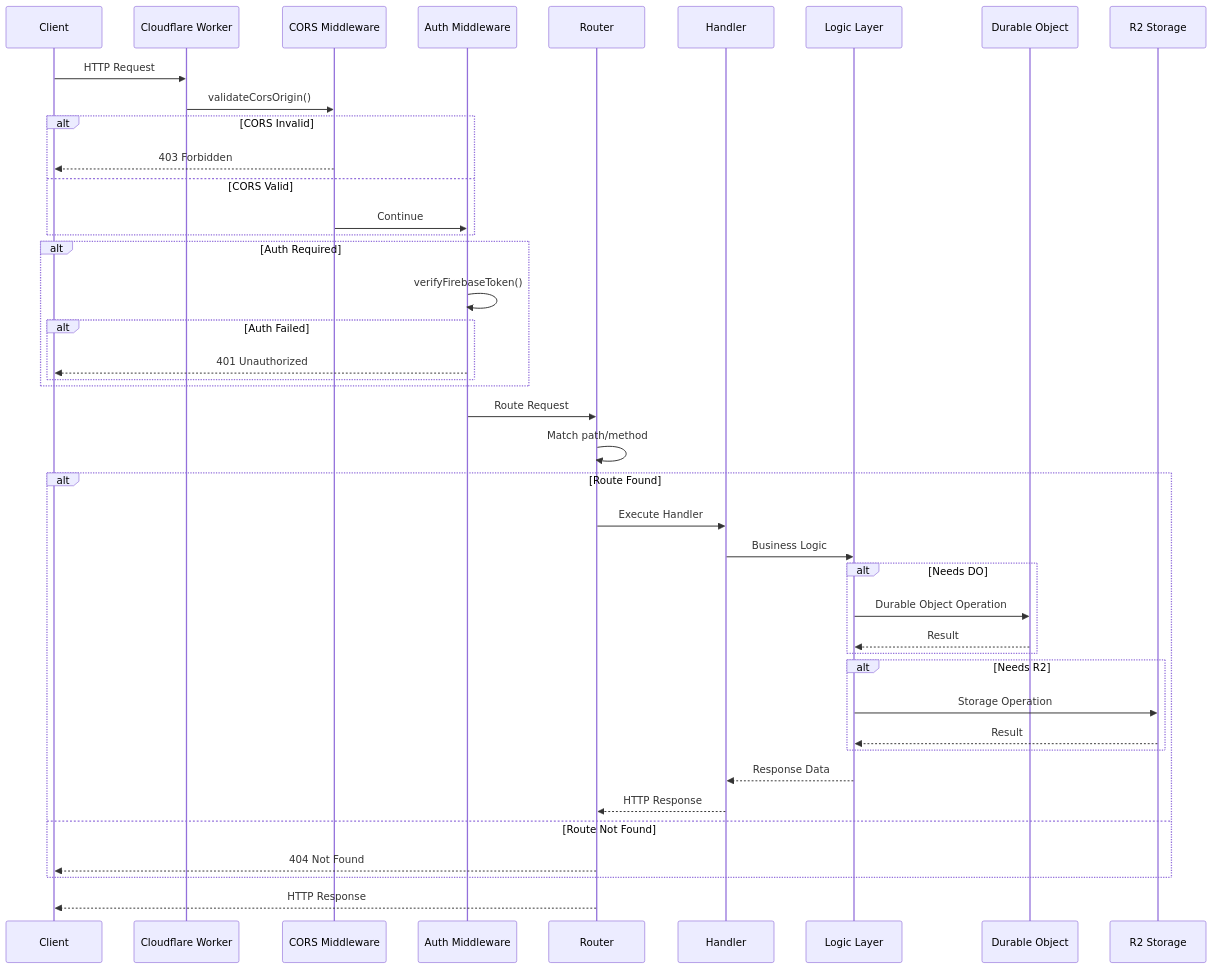
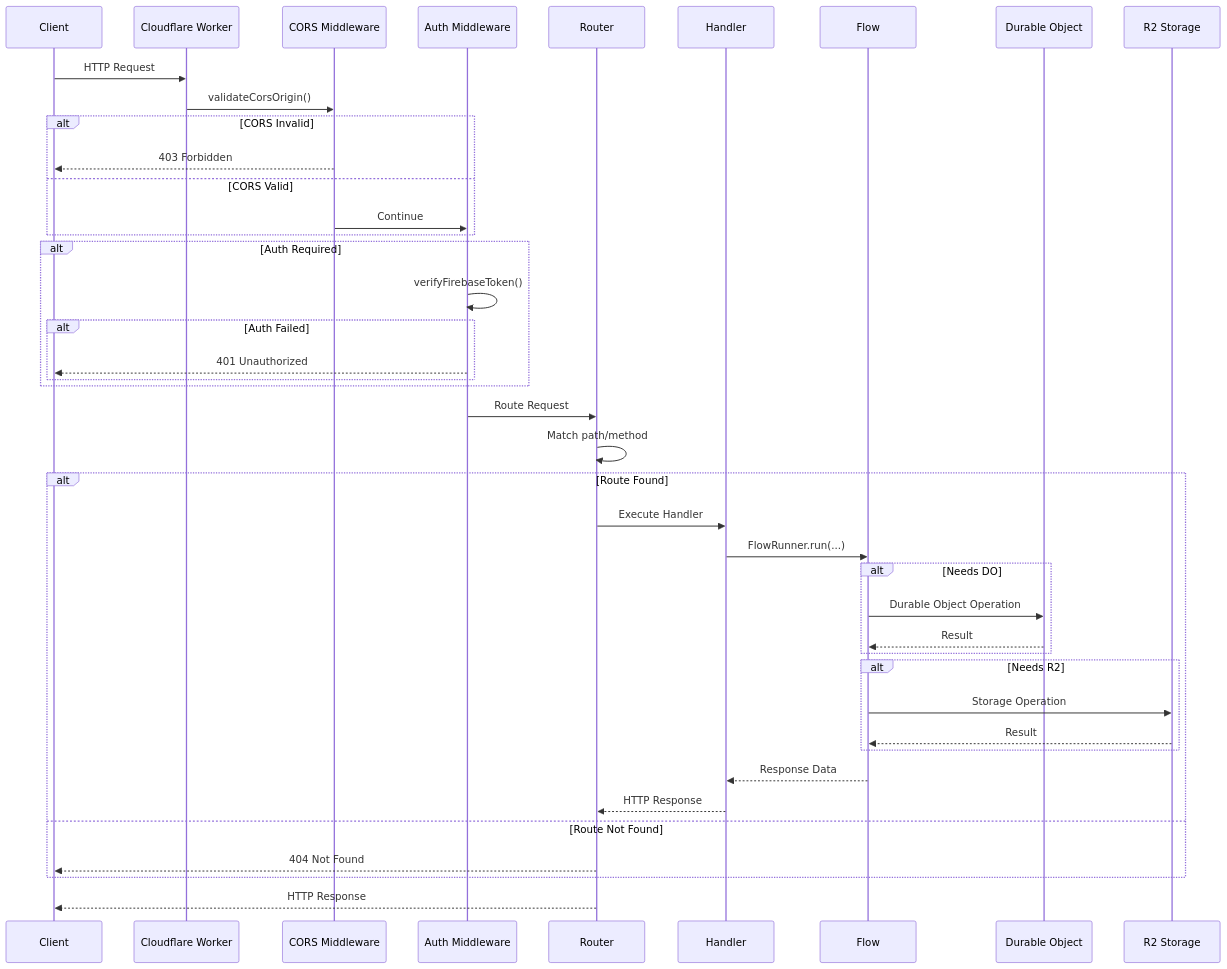
Before and after one commit to ocentra/ocentra-games: the third of 18 diagrams in infra/cloudflare/docs/ARCHITECTURE.md, drawn with Mermaid. The commit also changed other lines of this file and 35 other files, not shown here.

````diff
--- a/infra/cloudflare/docs/ARCHITECTURE.md
+++ b/infra/cloudflare/docs/ARCHITECTURE.md
@@ -117,52 +120,52 @@
 ```mermaid
 sequenceDiagram
     participant Client as Client
     participant Worker as Cloudflare Worker
     participant CORS as CORS Middleware
     participant Auth as Auth Middleware
     participant Router as Router
     participant Handler as Handler
-    participant Logic as Logic Layer
+    participant Flow as Flow
     participant DO as Durable Object
     participant R2 as R2 Storage
 
     Client->>Worker: HTTP Request
     Worker->>CORS: validateCorsOrigin()
     alt CORS Invalid
         CORS-->>Client: 403 Forbidden
     else CORS Valid
         CORS->>Auth: Continue
     end
-    
+
     alt Auth Required
         Auth->>Auth: verifyFirebaseToken()
         alt Auth Failed
             Auth-->>Client: 401 Unauthorized
         end
     end
-    
+
     Auth->>Router: Route Request
     Router->>Router: Match path/method
-    
+
     alt Route Found
         Router->>Handler: Execute Handler
-        Handler->>Logic: Business Logic
-        
+        Handler->>Flow: FlowRunner.run(...)
+
         alt Needs DO
-            Logic->>DO: Durable Object Operation
-            DO-->>Logic: Result
+            Flow->>DO: Durable Object Operation
+            DO-->>Flow: Result
         end
-        
+
         alt Needs R2
-            Logic->>R2: Storage Operation
-            R2-->>Logic: Result
+            Flow->>R2: Storage Operation
+            R2-->>Flow: Result
         end
-        
-        Logic-->>Handler: Response Data
+
+        Flow-->>Handler: Response Data
         Handler-->>Router: HTTP Response
     else Route Not Found
         Router-->>Client: 404 Not Found
     end
-    
+
     Router-->>Client: HTTP Response
 ```
````
